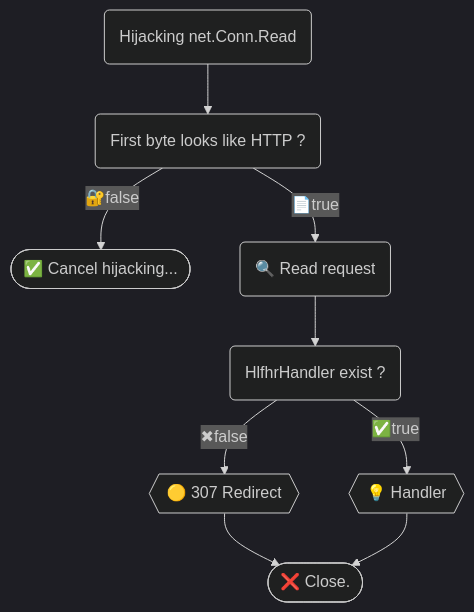
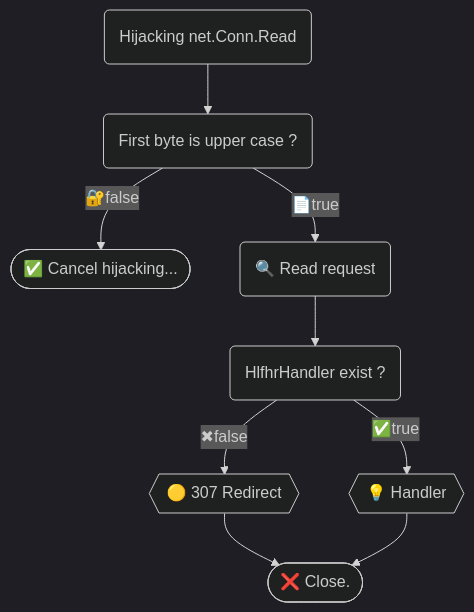
The diagram in README.md (bddjr/hlfhr), drawn with Mermaid (dark theme) before and after one commit. The commit also changed 1 other file, not shown here.

Commit message:
Treat as HTTP when first byte is uppercase

````diff
--- a/README.md
+++ b/README.md
@@ -54,24 +54,24 @@
 ```mermaid
 flowchart TD
 	Read("Hijacking net.Conn.Read")
 
-	IsLooksLikeHTTP("First byte looks like HTTP ?")
+	IsUpperCase("First byte is upper case ?")
 
 	CancelHijacking(["✅ Cancel hijacking..."])
 
 	ReadRequest("🔍 Read request")
 
 	IsHandlerExist("HlfhrHandler exist ?")
 
 	Redirect{{"🟡 307 Redirect"}}
 
 	Handler{{"💡 Handler"}}
 
 	Close(["❌ Close."])
 
-    Read --> IsLooksLikeHTTP
-    IsLooksLikeHTTP -- "🔐false" --> CancelHijacking
-    IsLooksLikeHTTP -- "📄true" --> ReadRequest --> IsHandlerExist
+    Read --> IsUpperCase
+    IsUpperCase -- "🔐false" --> CancelHijacking
+    IsUpperCase -- "📄true" --> ReadRequest --> IsHandlerExist
 	IsHandlerExist -- "✖false" --> Redirect --> Close
 	IsHandlerExist -- "✅true" --> Handler --> Close
 ```
````
